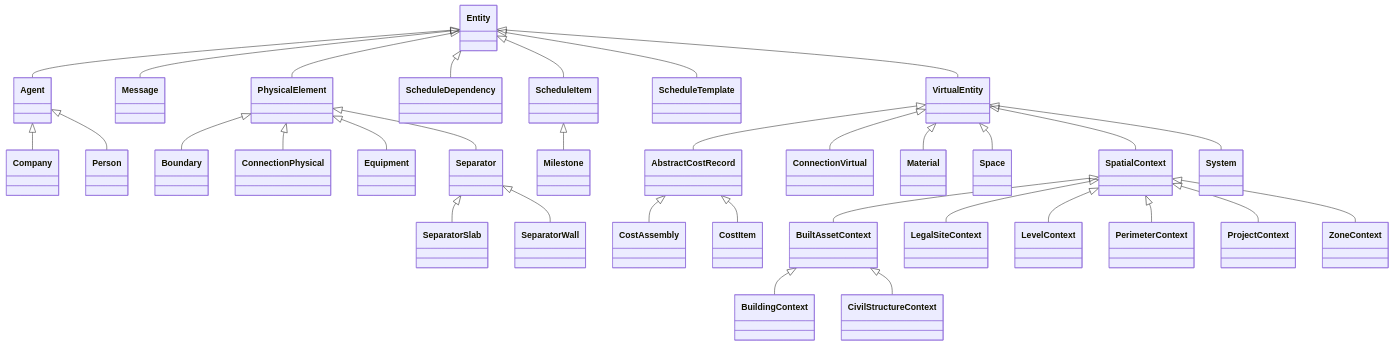
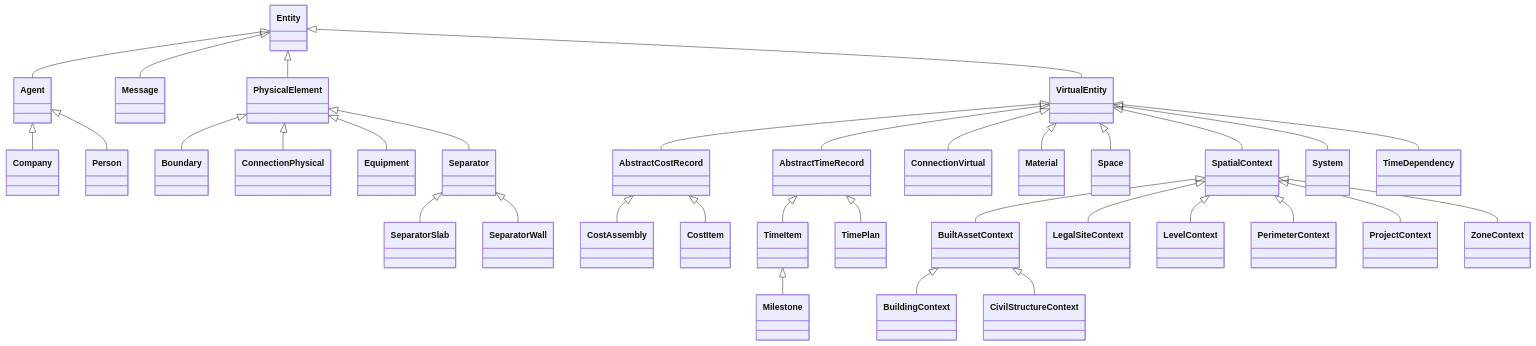
Before and after one commit to simondilhas/pragmatic-bim-data-contract: the third of 6 diagrams in docs/diagrams/docs-preamble.md, drawn with Mermaid. The commit also changed other lines of this file and 21 other files, not shown here.

````diff
--- a/docs/diagrams/docs-preamble.md
+++ b/docs/diagrams/docs-preamble.md
@@ -58,36 +56,37 @@
 ```mermaid
 classDiagram
   direction TB
   Entity <|-- Agent
   Agent <|-- Company
   Agent <|-- Person
   Entity <|-- Message
   Entity <|-- PhysicalElement
   PhysicalElement <|-- Boundary
   PhysicalElement <|-- ConnectionPhysical
   PhysicalElement <|-- Equipment
   PhysicalElement <|-- Separator
   Separator <|-- SeparatorSlab
   Separator <|-- SeparatorWall
-  Entity <|-- ScheduleDependency
-  Entity <|-- ScheduleItem
-  ScheduleItem <|-- Milestone
-  Entity <|-- ScheduleTemplate
   Entity <|-- VirtualEntity
   VirtualEntity <|-- AbstractCostRecord
   AbstractCostRecord <|-- CostAssembly
   AbstractCostRecord <|-- CostItem
+  VirtualEntity <|-- AbstractTimeRecord
+  AbstractTimeRecord <|-- TimeItem
+  TimeItem <|-- Milestone
+  AbstractTimeRecord <|-- TimePlan
   VirtualEntity <|-- ConnectionVirtual
   VirtualEntity <|-- Material
   VirtualEntity <|-- Space
   VirtualEntity <|-- SpatialContext
   SpatialContext <|-- BuiltAssetContext
   BuiltAssetContext <|-- BuildingContext
   BuiltAssetContext <|-- CivilStructureContext
   SpatialContext <|-- LegalSiteContext
   SpatialContext <|-- LevelContext
   SpatialContext <|-- PerimeterContext
   SpatialContext <|-- ProjectContext
   SpatialContext <|-- ZoneContext
   VirtualEntity <|-- System
+  VirtualEntity <|-- TimeDependency
 ```
````
